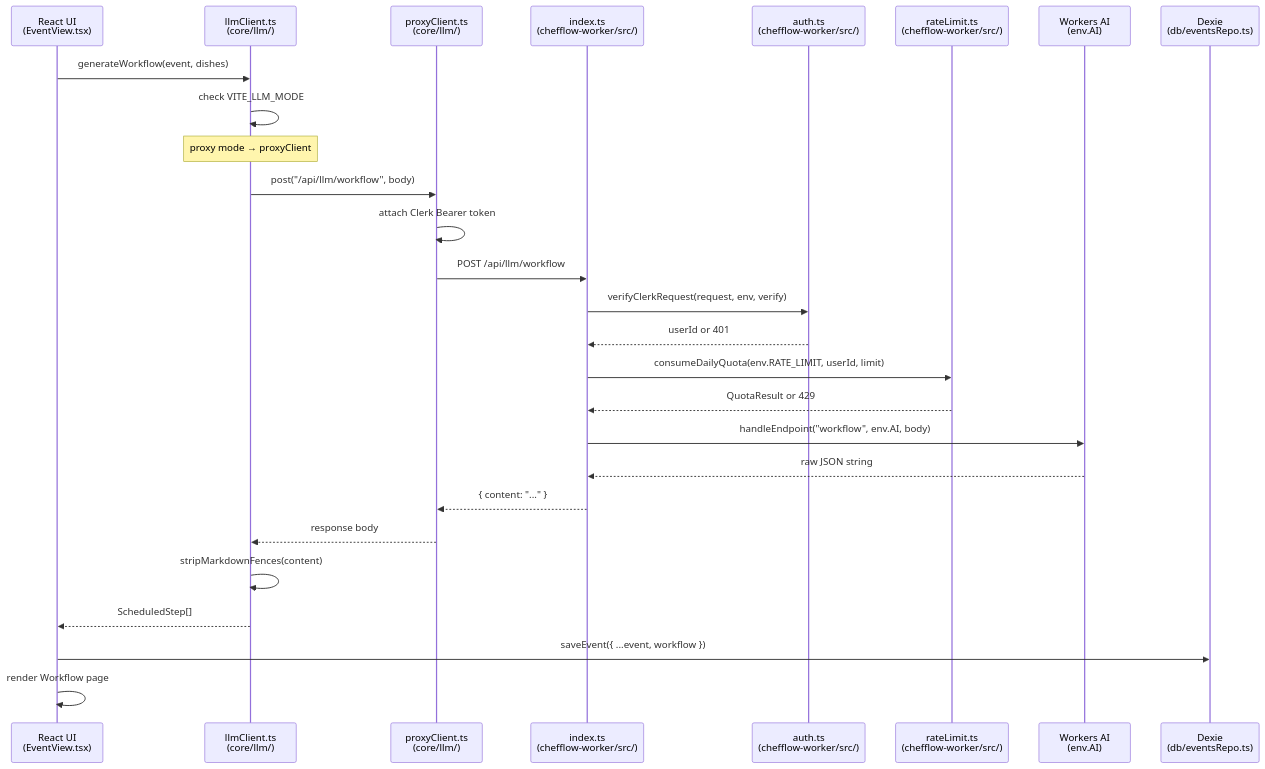
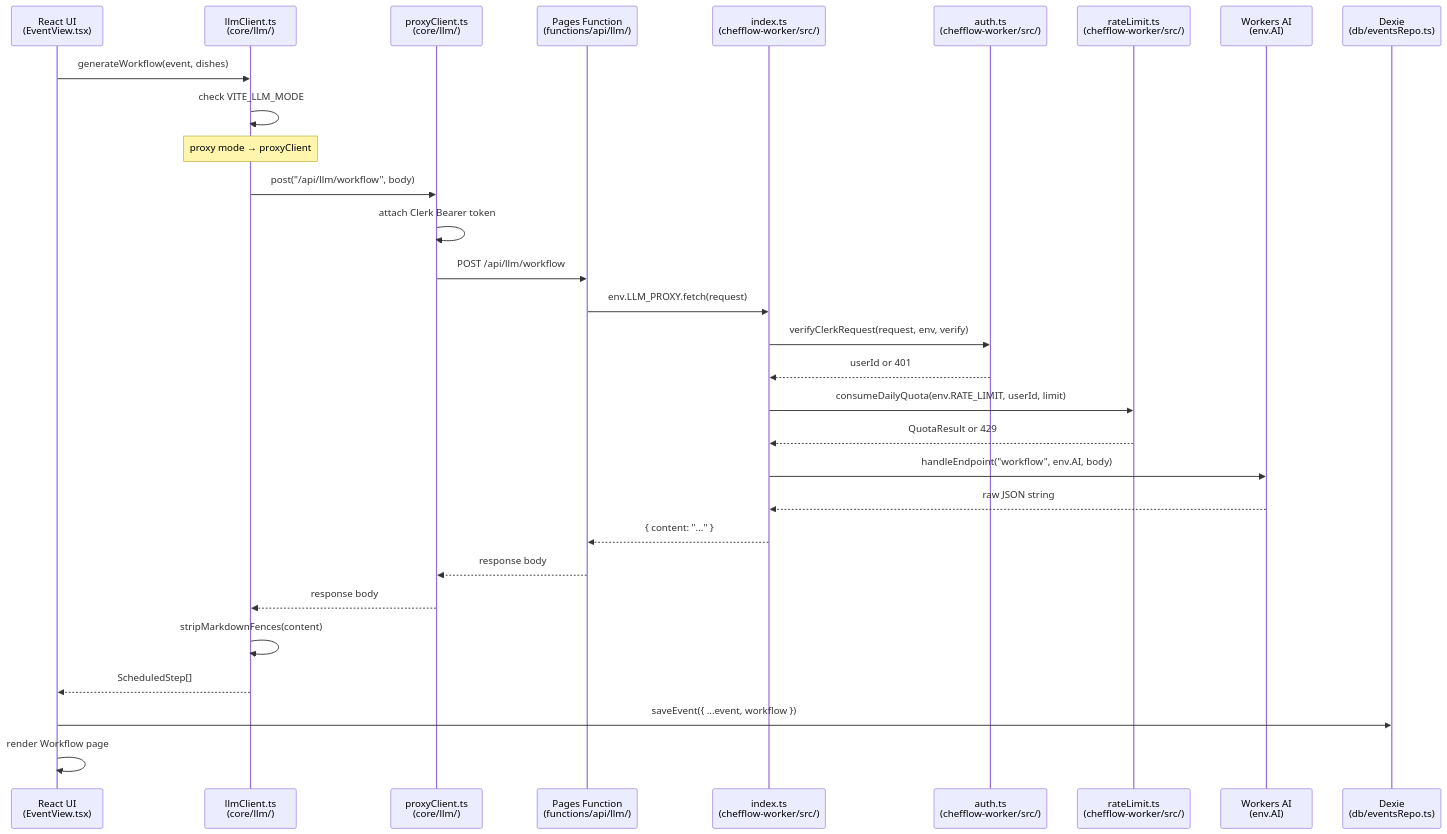
The second of 2 diagrams in docs/architecture.md (dereks1109/chefflow), drawn with Mermaid before and after one commit. The commit also changed other lines of this file and 7 other files, not shown here.

First line of the commit message:
feat: real legal copy, EventView inline dish editing, architecture diagram

````diff
--- a/docs/architecture.md
+++ b/docs/architecture.md
@@ -202,30 +374,33 @@
 ```mermaid
 sequenceDiagram
     participant UI as React UI<br/>(EventView.tsx)
     participant Client as llmClient.ts<br/>(core/llm/)
     participant Proxy as proxyClient.ts<br/>(core/llm/)
+    participant PF as Pages Function<br/>(functions/api/llm/)
     participant Worker as index.ts<br/>(chefflow-worker/src/)
     participant Auth as auth.ts<br/>(chefflow-worker/src/)
     participant RL as rateLimit.ts<br/>(chefflow-worker/src/)
     participant AI as Workers AI<br/>(env.AI)
     participant DB as Dexie<br/>(db/eventsRepo.ts)
 
     UI->>Client: generateWorkflow(event, dishes)
     Client->>Client: check VITE_LLM_MODE
     Note over Client: proxy mode → proxyClient
     Client->>Proxy: post("/api/llm/workflow", body)
     Proxy->>Proxy: attach Clerk Bearer token
-    Proxy->>Worker: POST /api/llm/workflow
+    Proxy->>PF: POST /api/llm/workflow
+    PF->>Worker: env.LLM_PROXY.fetch(request)
     Worker->>Auth: verifyClerkRequest(request, env, verify)
     Auth-->>Worker: userId or 401
     Worker->>RL: consumeDailyQuota(env.RATE_LIMIT, userId, limit)
     RL-->>Worker: QuotaResult or 429
     Worker->>AI: handleEndpoint("workflow", env.AI, body)
     AI-->>Worker: raw JSON string
-    Worker-->>Proxy: { content: "..." }
+    Worker-->>PF: { content: "..." }
+    PF-->>Proxy: response body
     Proxy-->>Client: response body
     Client->>Client: stripMarkdownFences(content)
     Client-->>UI: ScheduledStep[]
     UI->>DB: saveEvent({ ...event, workflow })
     UI->>UI: render Workflow page
 ```
````
